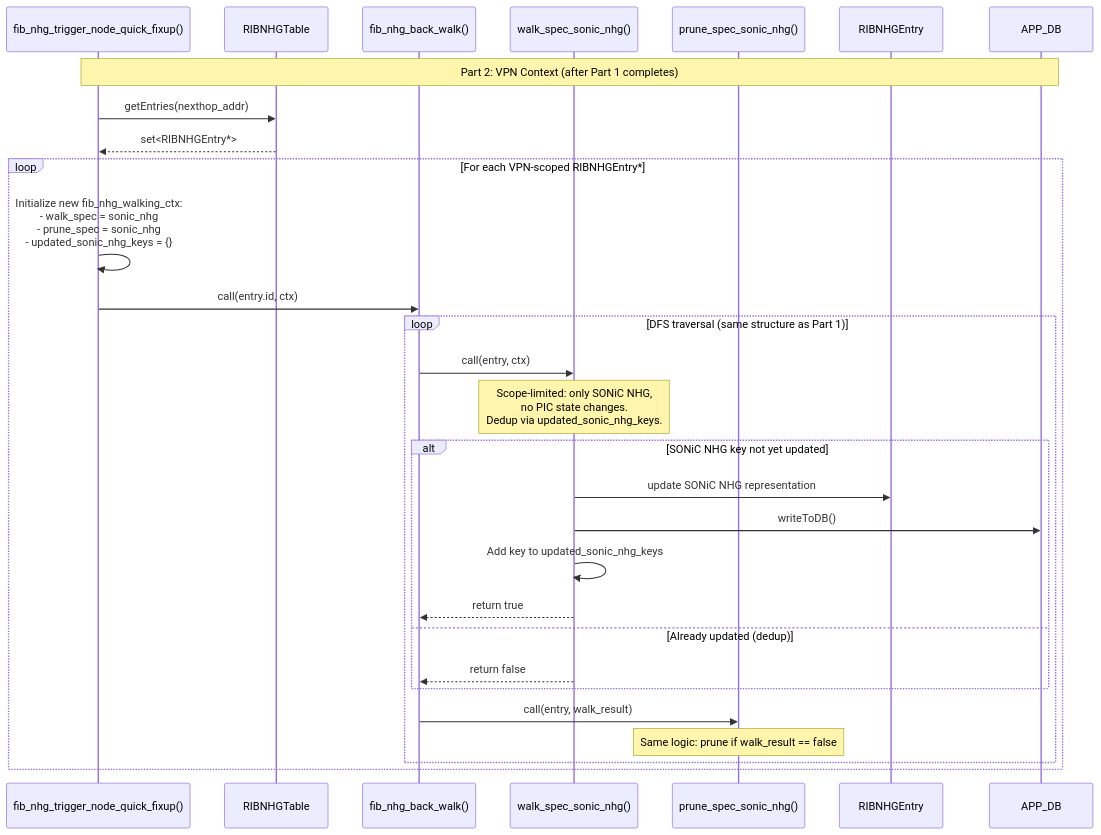
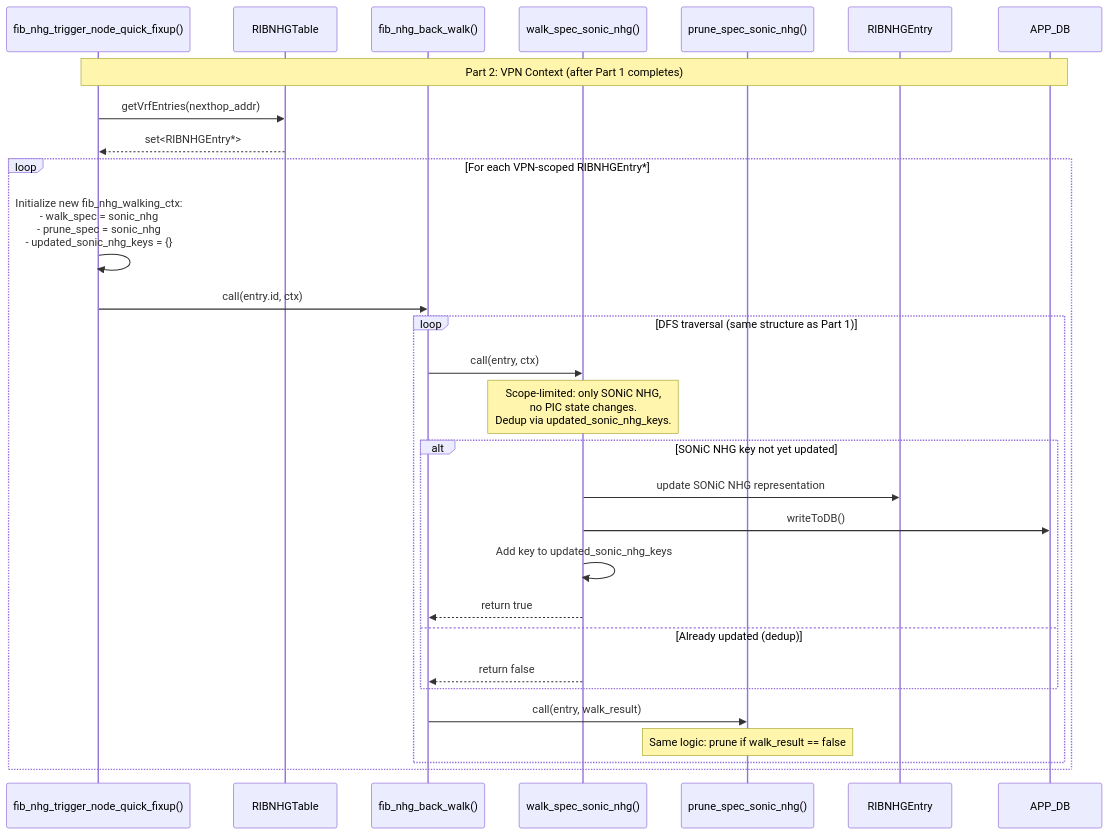
Before and after one commit to eddieruan-alibaba/SONiC: the fourth of 7 diagrams in doc/ribfib/ribfib_route_convergence.md, drawn with Mermaid. The commit also changed other lines of this file, not shown here.

````diff
--- a/doc/ribfib/ribfib_route_convergence.md
+++ b/doc/ribfib/ribfib_route_convergence.md
@@ -836,37 +899,37 @@
 ```mermaid
 sequenceDiagram
     participant Trigger as fib_nhg_trigger_node_quick_fixup()
     participant Table as RIBNHGTable
     participant Walk as fib_nhg_back_walk()
     participant WSpec as walk_spec_sonic_nhg()
     participant PSpec as prune_spec_sonic_nhg()
     participant Entry as RIBNHGEntry
     participant APPDB as APP_DB
 
     Note over Trigger,APPDB: Part 2: VPN Context (after Part 1 completes)
 
-    Trigger->>Table: getEntries(nexthop_addr)
+    Trigger->>Table: getVrfEntries(nexthop_addr)
     Table-->>Trigger: set<RIBNHGEntry*>
 
     loop For each VPN-scoped RIBNHGEntry*
         Trigger->>Trigger: Initialize new fib_nhg_walking_ctx:<br/>- walk_spec = sonic_nhg<br/>- prune_spec = sonic_nhg<br/>- updated_sonic_nhg_keys = {}
 
         Trigger->>Walk: call(entry.id, ctx)
 
         loop DFS traversal (same structure as Part 1)
             Walk->>WSpec: call(entry, ctx)
             Note over WSpec: Scope-limited: only SONiC NHG,<br/>no PIC state changes.<br/>Dedup via updated_sonic_nhg_keys.
             alt SONiC NHG key not yet updated
                 WSpec->>Entry: update SONiC NHG representation
                 WSpec->>APPDB: writeToDB()
                 WSpec->>WSpec: Add key to updated_sonic_nhg_keys
                 WSpec-->>Walk: return true
             else Already updated (dedup)
                 WSpec-->>Walk: return false
             end
 
             Walk->>PSpec: call(entry, walk_result)
             Note over PSpec: Same logic: prune if walk_result == false
         end
     end
 ```
````
